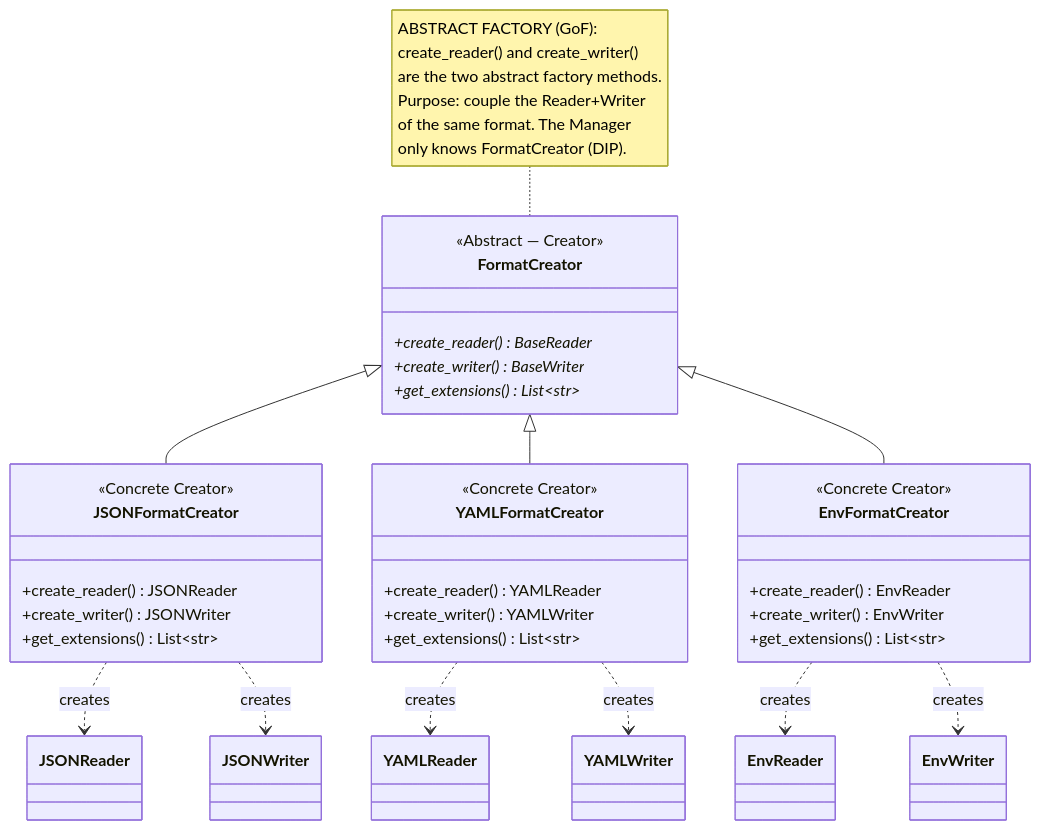
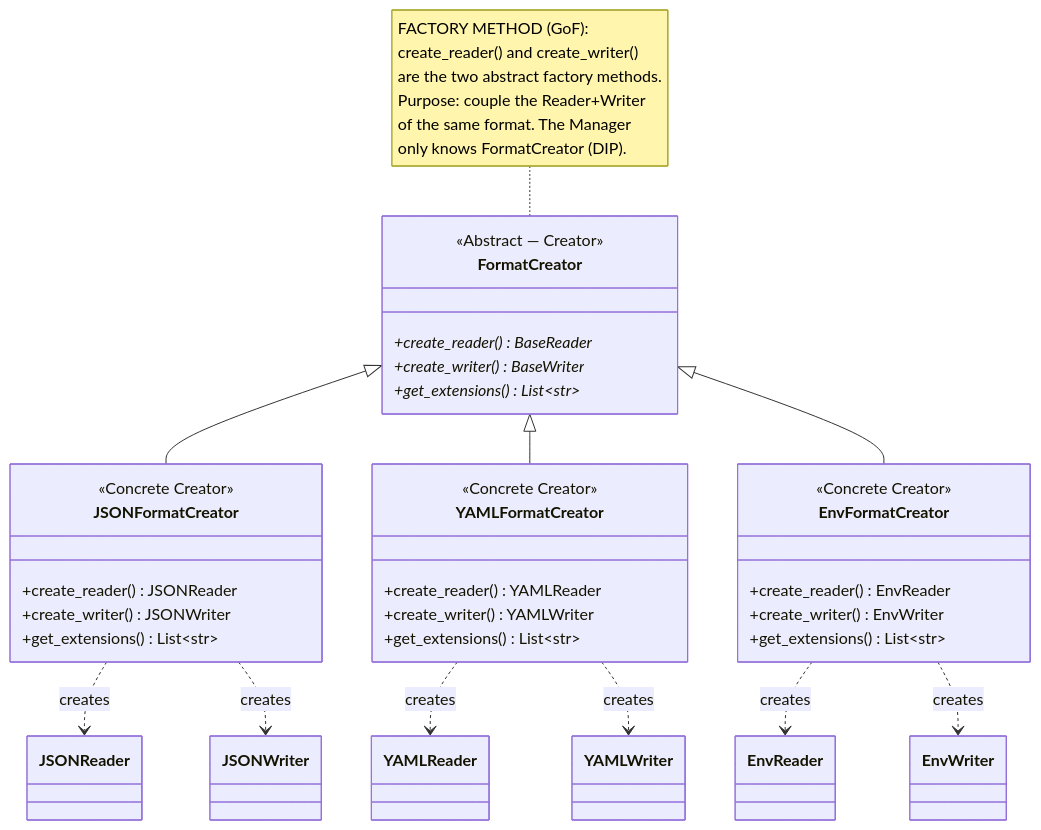
The second of 7 diagrams in docs/architecture.md (lucadileo9/proteus), drawn with Mermaid before and after one commit. The commit also changed other lines of this file and 5 other files, not shown here.

````diff
--- a/docs/architecture.md
+++ b/docs/architecture.md
@@ -55,48 +55,48 @@
 ```mermaid
-classDiagram
+    classDiagram
     class FormatCreator {
         <<Abstract — Creator>>
         +create_reader()* BaseReader
         +create_writer()* BaseWriter
         +get_extensions()* List~str~
     }
 
     class JSONFormatCreator {
         <<Concrete Creator>>
         +create_reader() JSONReader
         +create_writer() JSONWriter
         +get_extensions() List~str~
     }
 
     class YAMLFormatCreator {
         <<Concrete Creator>>
         +create_reader() YAMLReader
         +create_writer() YAMLWriter
         +get_extensions() List~str~
     }
 
     class EnvFormatCreator {
         <<Concrete Creator>>
         +create_reader() EnvReader
         +create_writer() EnvWriter
         +get_extensions() List~str~
     }
 
     FormatCreator <|-- JSONFormatCreator
     FormatCreator <|-- YAMLFormatCreator
     FormatCreator <|-- EnvFormatCreator
 
     JSONFormatCreator ..> JSONReader : creates
     JSONFormatCreator ..> JSONWriter : creates
     YAMLFormatCreator ..> YAMLReader : creates
     YAMLFormatCreator ..> YAMLWriter : creates
     EnvFormatCreator ..> EnvReader : creates
     EnvFormatCreator ..> EnvWriter : creates
 
-    note for FormatCreator "ABSTRACT FACTORY (GoF):
+    note for FormatCreator "FACTORY METHOD (GoF):
     create_reader() and create_writer()
     are the two abstract factory methods.
     Purpose: couple the Reader+Writer
     of the same format. The Manager
     only knows FormatCreator (DIP)."
 ```
````
